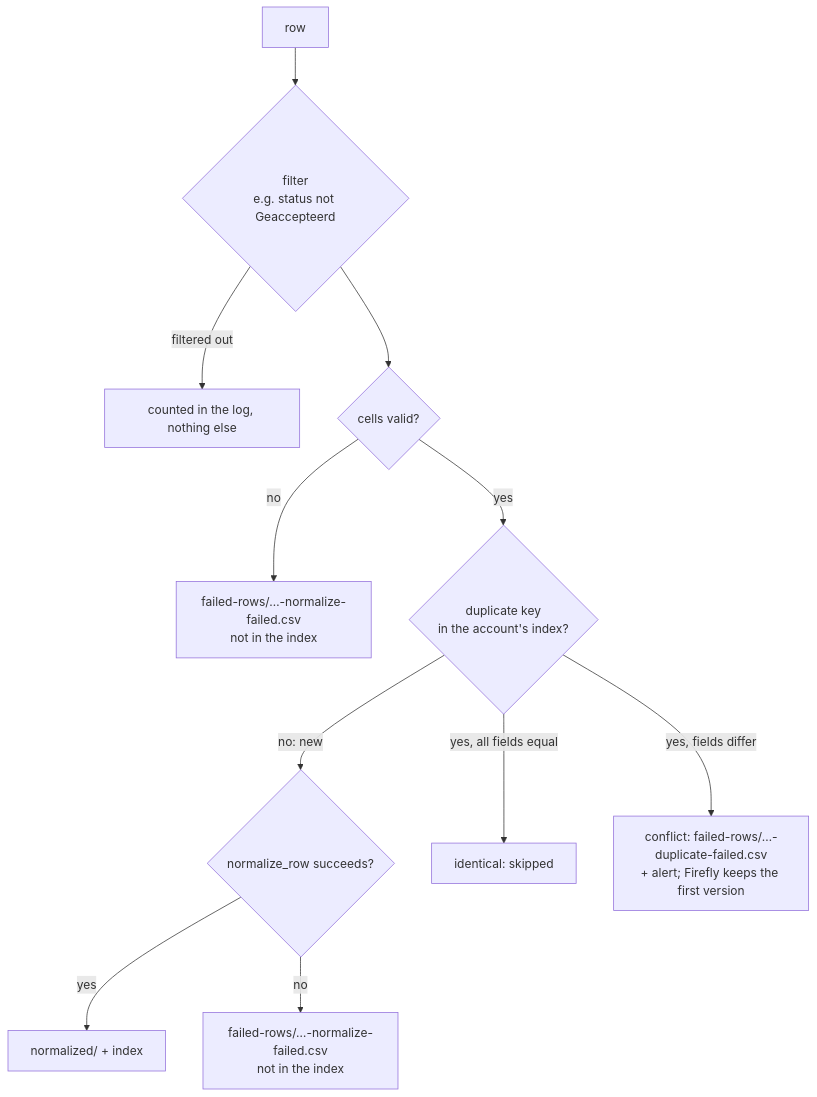
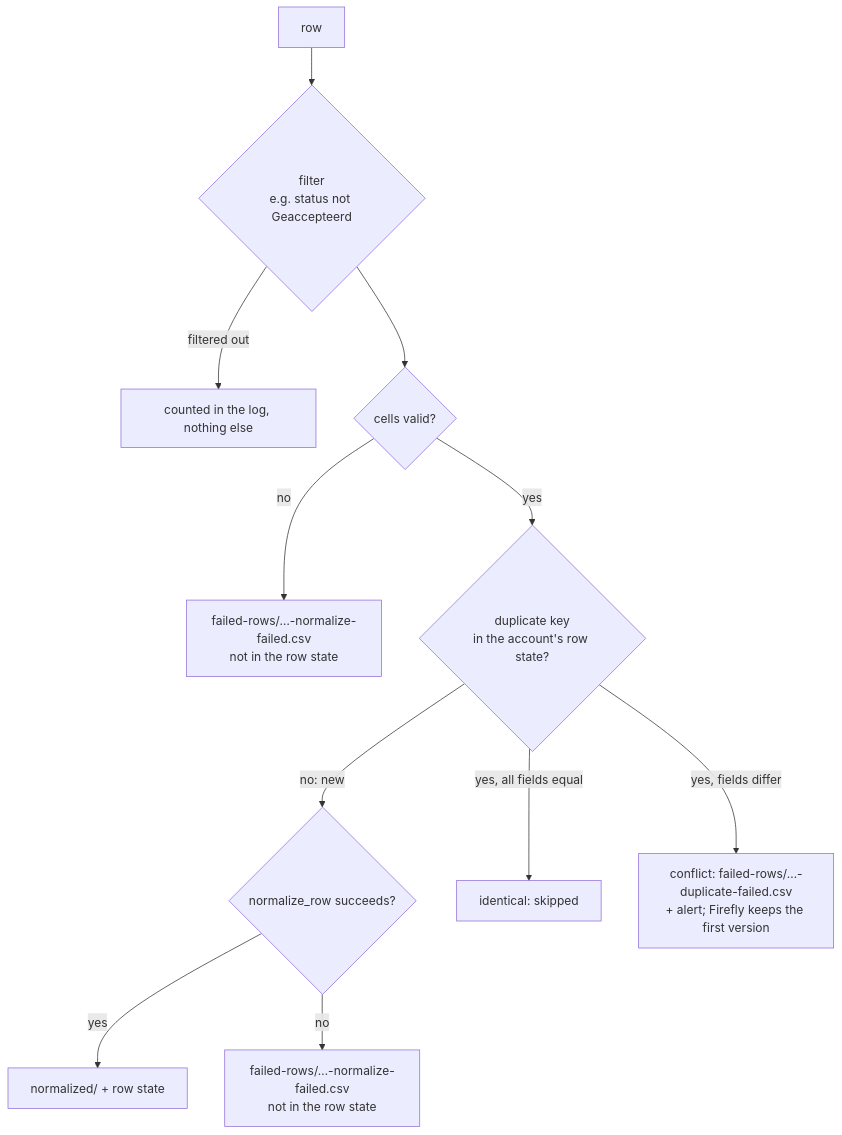
One commit to TrueNAS-Script-Kiddie/firefly-iii-feeder changed the third of 8 diagrams in docs/archive-and-reload.md. Above: the diagram before and after it, drawn with Mermaid. The commit also changed other lines of this file and 13 other files, not shown here.

````diff
--- a/docs/archive-and-reload.md
+++ b/docs/archive-and-reload.md
@@ -102,13 +102,13 @@
 ```mermaid
 flowchart TD
     R[row] --> FI{filter<br/>e.g. status not Geaccepteerd}
     FI -->|filtered out| G[counted in the log, nothing else]
     FI --> V{cells valid?}
-    V -->|no| NF1["failed-rows/…-normalize-failed.csv<br/>not in the index"]
-    V -->|yes| K{duplicate key<br/>in the account's index?}
+    V -->|no| NF1["failed-rows/…-normalize-failed.csv<br/>not in the row state"]
+    V -->|yes| K{duplicate key<br/>in the account's row state?}
     K -->|no: new| N{normalize_row succeeds?}
     K -->|yes, all fields equal| ID[identical: skipped]
     K -->|yes, fields differ| CO["conflict: failed-rows/…-duplicate-failed.csv<br/>+ alert; Firefly keeps the first version"]
-    N -->|yes| OK["normalized/ + index"]
-    N -->|no| NF2["failed-rows/…-normalize-failed.csv<br/>not in the index"]
+    N -->|yes| OK["normalized/ + row state"]
+    N -->|no| NF2["failed-rows/…-normalize-failed.csv<br/>not in the row state"]
 ```
````
